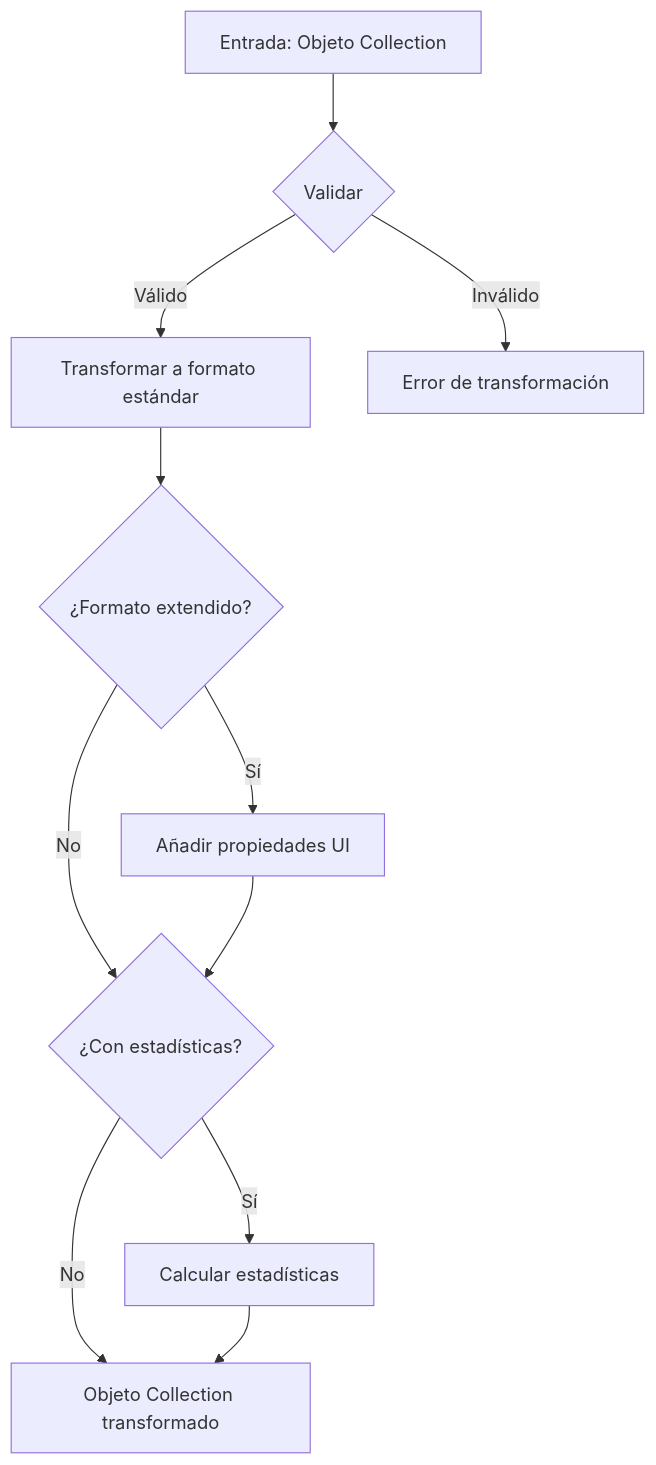
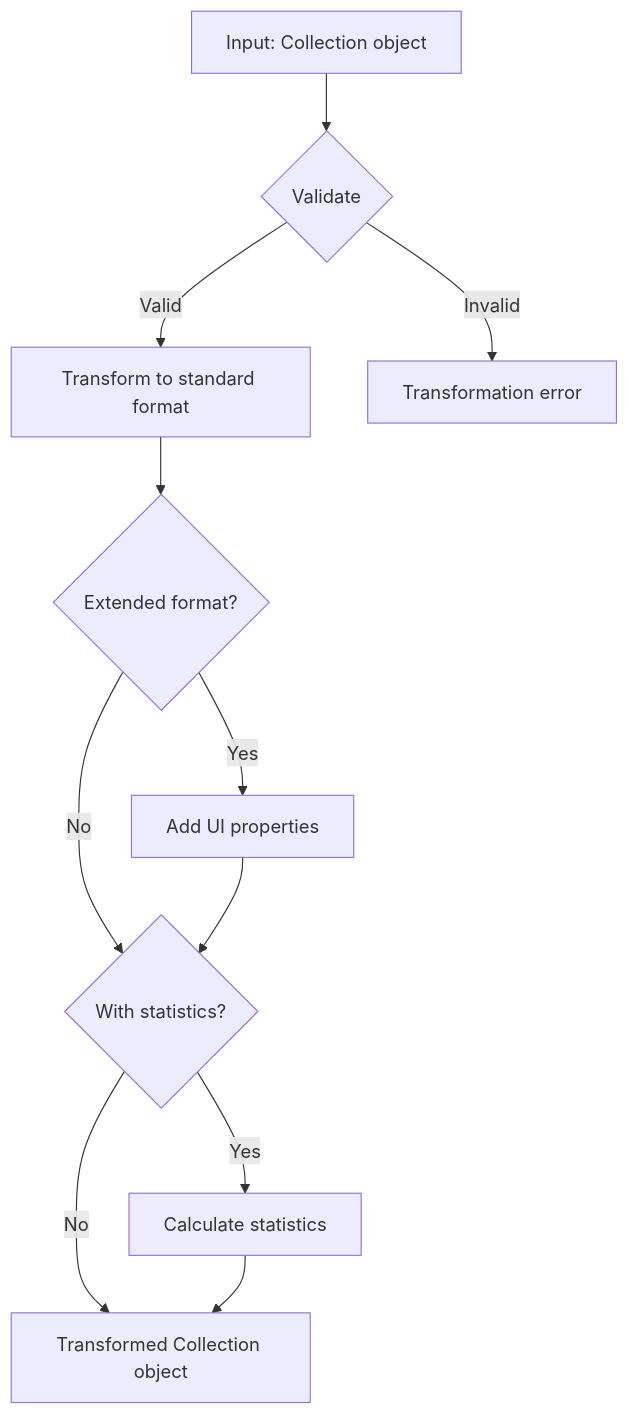
The first of 2 diagrams in src/transformers/collection/README.md (gvastethecreator/media-manager), drawn with Mermaid before and after one commit. The commit also changed other lines of this file and 104 other files, not shown here.

Commit message:
docs: initialize comprehensive architectural documentation and component-level README files across the repository.

````diff
--- a/src/transformers/collection/README.md
+++ b/src/transformers/collection/README.md
@@ -16,13 +16,13 @@
 ```mermaid
 flowchart TD
-    A[Entrada: Objeto Collection] --> B{Validar}
-    B -->|Válido| C[Transformar a formato estándar]
-    B -->|Inválido| D[Error de transformación]
-    C --> E{¿Formato extendido?}
-    E -->|Sí| F[Añadir propiedades UI]
-    E -->|No| G{¿Con estadísticas?}
+    A[Input: Collection object] --> B{Validate}
+    B -->|Valid| C[Transform to standard format]
+    B -->|Invalid| D[Transformation error]
+    C --> E{Extended format?}
+    E -->|Yes| F[Add UI properties]
+    E -->|No| G{With statistics?}
     F --> G
-    G -->|Sí| H[Calcular estadísticas]
-    G -->|No| I[Objeto Collection transformado]
+    G -->|Yes| H[Calculate statistics]
+    G -->|No| I[Transformed Collection object]
     H --> I
 ```
````
